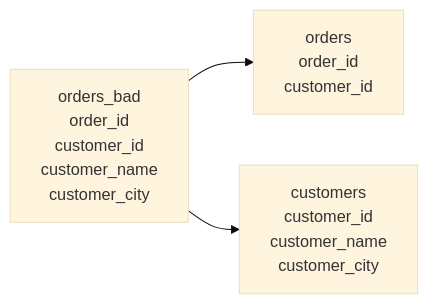
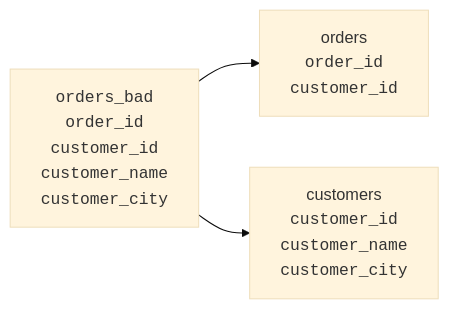
Before and after one commit to dataslope/dataslope: the third of 6 diagrams in content/learn/database-design-postgresql/third-normal-form.mdx, drawn with Mermaid (base theme). The commit also changed other lines of this file and 153 other files, not shown here.

First line of the commit message:
Render code-only mermaid shapes in monospace; convert step sequences to Steps

````diff
--- a/content/learn/database-design-postgresql/third-normal-form.mdx
+++ b/content/learn/database-design-postgresql/third-normal-form.mdx
@@ -128,5 +128,5 @@
 ```mermaid
 flowchart LR
-    Bad["orders_bad<br/>order_id<br/>customer_id<br/>customer_name<br/>customer_city"] --> Orders["orders<br/>order_id<br/>customer_id"]
-    Bad --> Customers["customers<br/>customer_id<br/>customer_name<br/>customer_city"]
+    Bad["<code>orders_bad<br/>order_id<br/>customer_id<br/>customer_name<br/>customer_city</code>"] --> Orders["orders<br/><code>order_id</code><br/><code>customer_id</code>"]
+    Bad --> Customers["customers<br/><code>customer_id</code><br/><code>customer_name</code><br/><code>customer_city</code>"]
 ```
````
